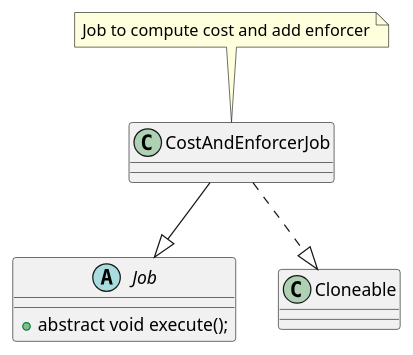
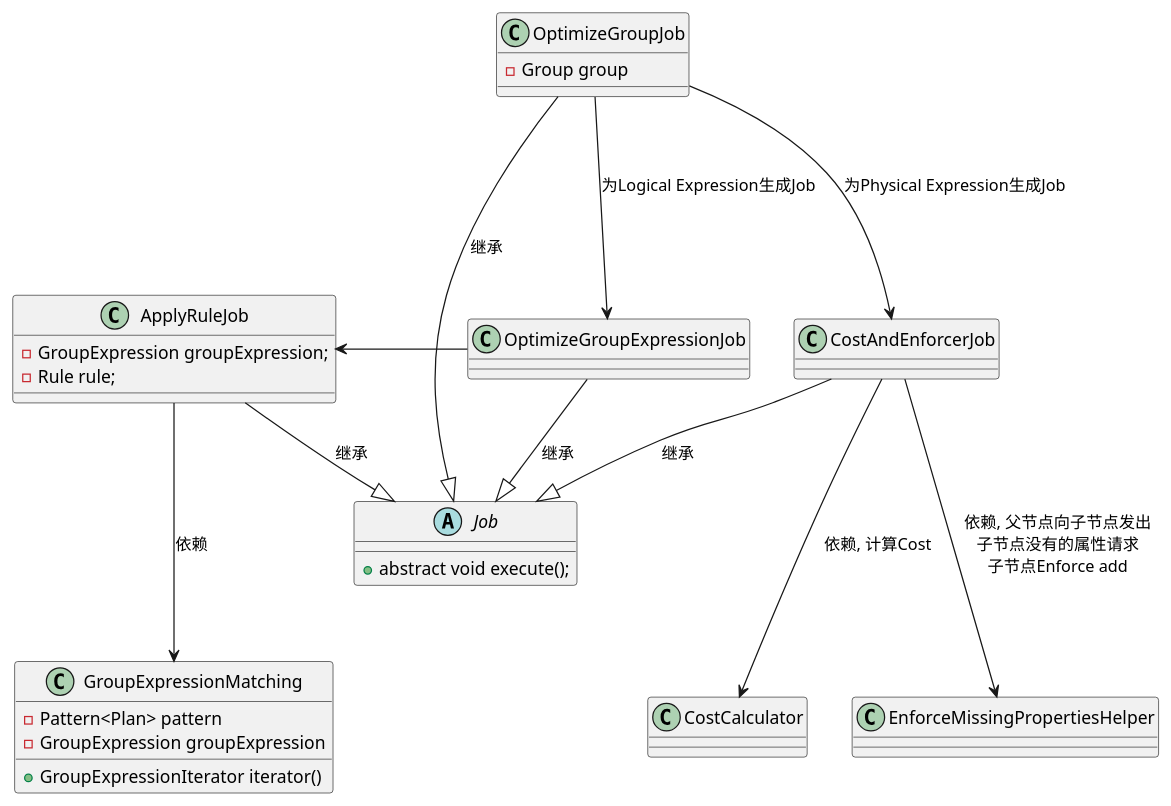
The third of 4 diagrams in doc/DB/Doris/SourceRead/02_00_Optimize.md (DepInjoy/geektime), drawn with PlantUML before and after one commit. The commit also changed other lines of this file, not shown here.

Commit message:
Doris cost and enforce

````diff
--- a/doc/DB/Doris/SourceRead/02_00_Optimize.md
+++ b/doc/DB/Doris/SourceRead/02_00_Optimize.md
@@ -299,16 +354,39 @@
 ```plantuml
 @startuml
+class OptimizeGroupJob {
+    - Group group
+}
+
 class CostAndEnforcerJob {
 
 }
-note top : Job to compute cost and add enforcer
 
 abstract class Job {
     + abstract void execute();
 }
 
-CostAndEnforcerJob -down-|> Job
-CostAndEnforcerJob -down.|> Cloneable
+class ApplyRuleJob {
+    - GroupExpression groupExpression;
+    - Rule rule;
+}
 
+class GroupExpressionMatching {
+    - Pattern<Plan> pattern
+    - GroupExpression groupExpression
+    + GroupExpressionIterator iterator()
+}
+
+OptimizeGroupJob -down-|> Job : 继承
+OptimizeGroupJob -down--> OptimizeGroupExpressionJob : 为Logical Expression生成Job
+OptimizeGroupJob -down--> CostAndEnforcerJob : 为Physical Expression生成Job
+CostAndEnforcerJob -down-|> Job : 继承
+OptimizeGroupExpressionJob -down-|> Job : 继承
+
+CostAndEnforcerJob -down--> CostCalculator : 依赖, 计算Cost
+CostAndEnforcerJob -down--> EnforceMissingPropertiesHelper : 依赖, 父节点向子节点发出\n子节点没有的属性请求\n子节点Enforce add
+
+OptimizeGroupExpressionJob -left--> ApplyRuleJob
+ApplyRuleJob -down-|> Job : 继承
+ApplyRuleJob -down--> GroupExpressionMatching : 依赖
 @enduml
 ```
````
